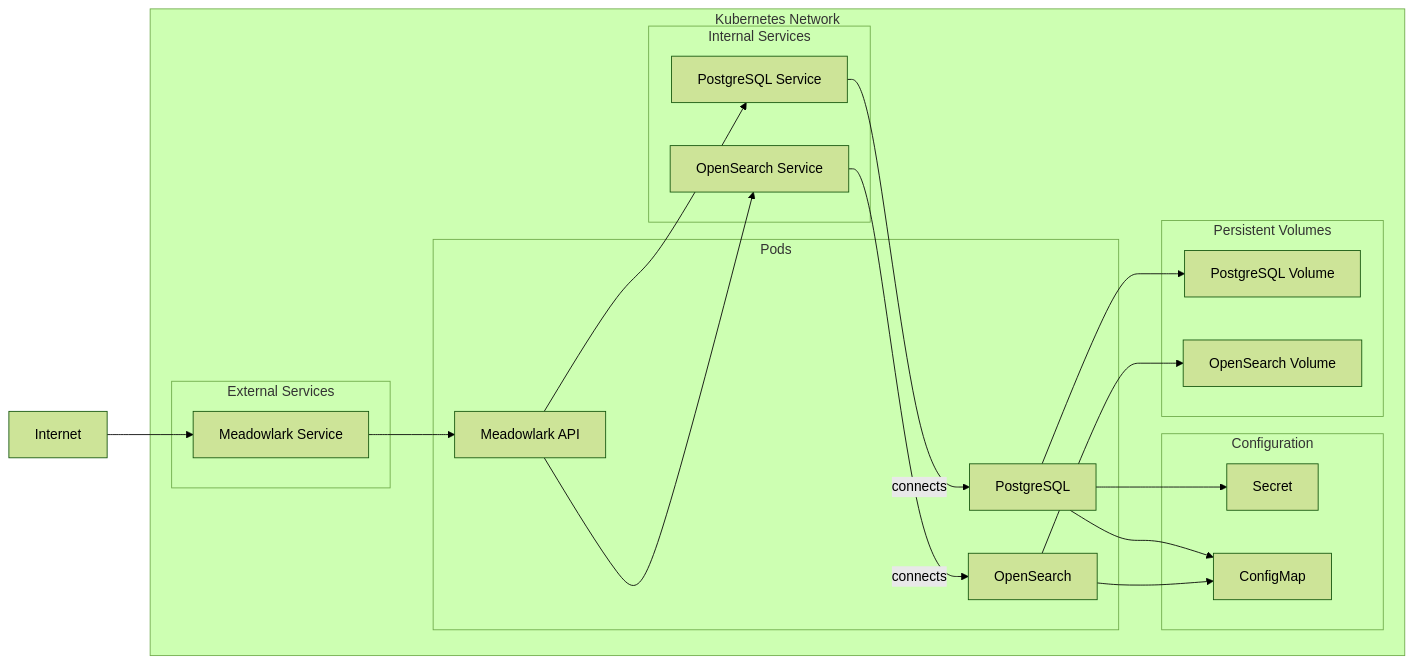
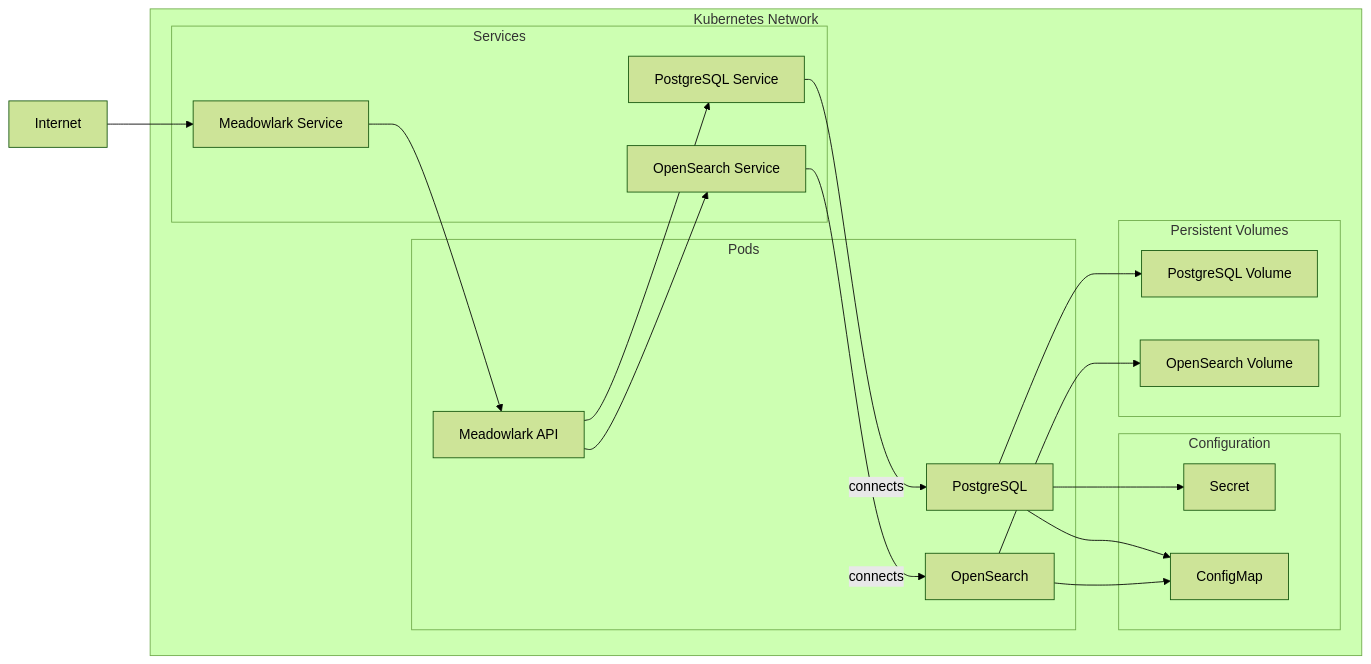
The diagram in k8s/README.md (Ed-Fi-Exchange-OSS/Meadowlark), drawn with Mermaid (forest theme) before and after one commit.

Commit message:
Update diagram

````diff
--- a/k8s/README.md
+++ b/k8s/README.md
@@ -38,37 +38,34 @@
 ```mermaid
-
 flowchart LR
     subgraph Kubernetes Network
         subgraph Configuration
             CS[Secret]
             CC[ConfigMap]
         end
         subgraph Pods
+            MP[Meadowlark API]
+            OP[OpenSearch]
             PP[PostgreSQL]
-            OP[OpenSearch]
-            MP[Meadowlark API]
         end
-        subgraph External Services
-            MS[Meadowlark Service]
-        end
-        subgraph Internal Services
+        subgraph Services
             PS[PostgreSQL Service]
             OS[OpenSearch Service]
+            MS[Meadowlark Service]
         end
         subgraph Persistent Volumes
             PV[PostgreSQL Volume]
             OV[OpenSearch Volume]
         end
     end
     I[Internet] --> MS
     MS --> MP
     PS -- connects --> PP
     OS -- connects --> OP
     MP --> PS
     MP --> OS
     PP --> PV
     OP --> OV
     PP --> CC
     OP --> CC
     PP --> CS
 ```
````
